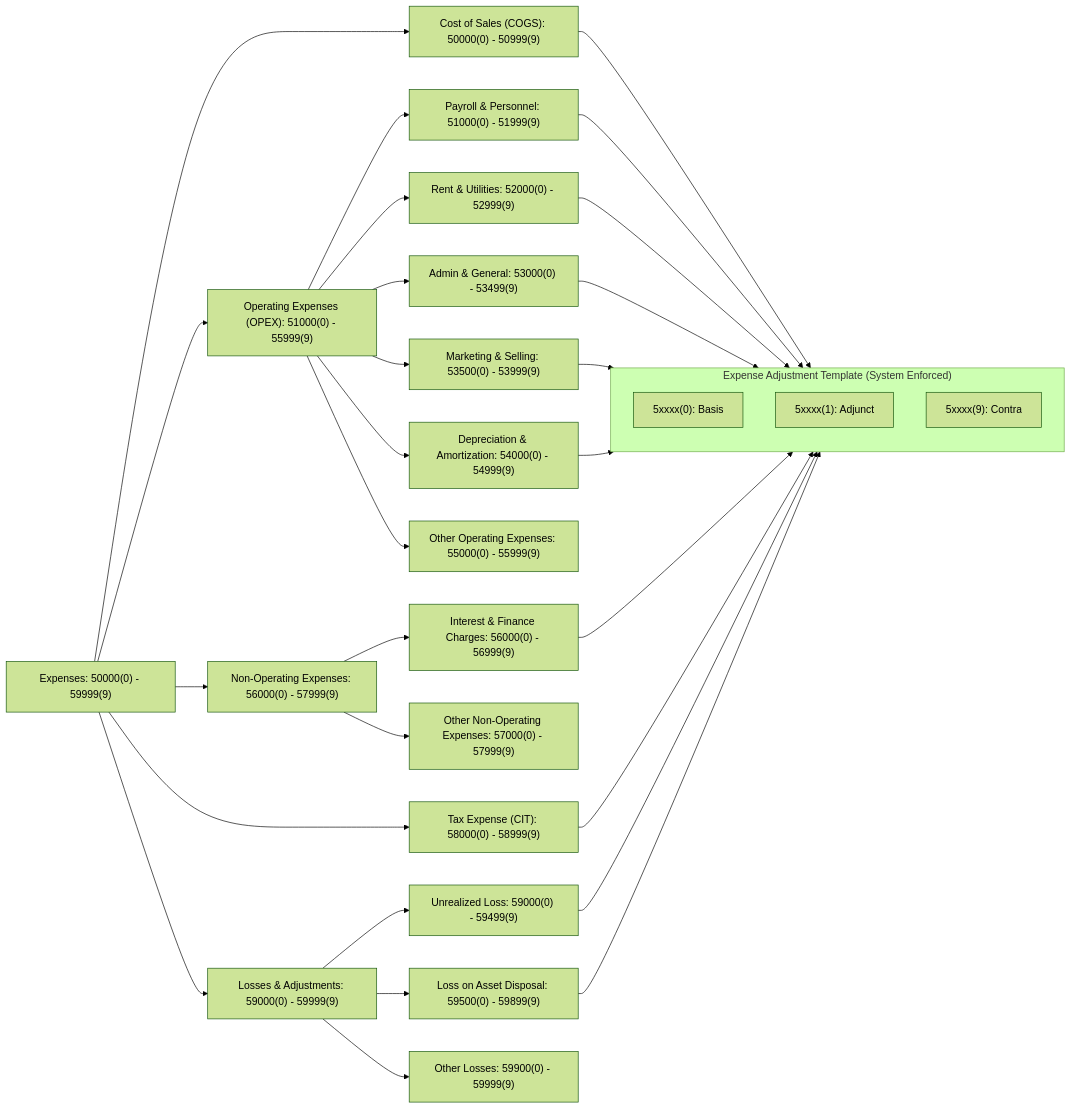
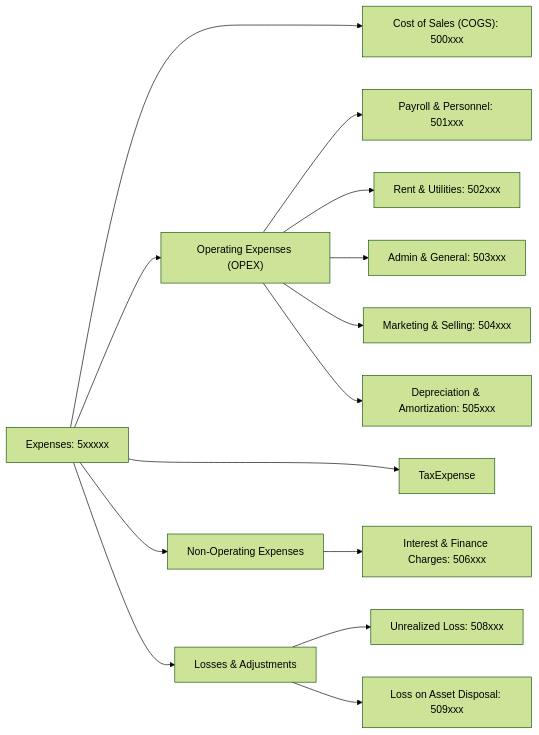
One commit to oosahon/ledgernova-core changed the diagram in src/domain/accounting/__doc__/assets/coa-expenses.mermaid. Above: the diagram before and after it, drawn with Mermaid (forest theme). The commit also changed other lines of this file and 10 other files, not shown here.

Commit message:
doc(coa): update charts of accounts doc

```diff
--- a/src/domain/accounting/__doc__/assets/coa-expenses.mermaid
+++ b/src/domain/accounting/__doc__/assets/coa-expenses.mermaid
@@ -1,40 +1,27 @@
 flowchart LR
-     %% Power users (and accounts bootstraper for non-power users) will decide whether or not to apply contra templates to "Other*" expenses
-    subgraph ExpenseAdjustmentTemplate["Expense Adjustment Template (System Enforced)"]
-        Basis["5xxxx(0): Basis"]
-        Adjunct["5xxxx(1): Adjunct"]
-        Contra["5xxxx(9): Contra"]
-    end
+    Expenses["Expenses: 5xxxxx"]
+    Expenses --> DirectCosts & OperatingExpenses & NonOperatingExpenses  & TaxExpense & Losses
 
-    Expenses["Expenses: 50000(0) - 59999(9)"]
+    DirectCosts["Cost of Sales (COGS): 500xxx"]
+    
+    OperatingExpenses["Operating Expenses (OPEX)"]
+        OperatingExpenses --> PayrollAndPersonnel["Payroll & Personnel: 501xxx"] 
+       
+            
+        OperatingExpenses --> RentUtilities["Rent & Utilities: 502xxx"]
+        OperatingExpenses --> AdminGeneral["Admin & General: 503xxx"]
+        OperatingExpenses --> MarketingSelling["Marketing & Selling: 504xxx"]
+        OperatingExpenses --> Depreciation["Depreciation & Amortization: 505xxx"]
+            
+    NonOperatingExpenses["Non-Operating Expenses"]
+        NonOperatingExpenses --> FinanceCosts["Interest & Finance Charges: 506xxx"]
 
-    DirectCosts["Cost of Sales (COGS): 50000(0) - 50999(9)"] --> ExpenseAdjustmentTemplate
-    
-    OperatingExpenses["Operating Expenses (OPEX): 51000(0) - 55999(9)"]
-        %% Categories with baked in functionalities (eg PAYEE for PayrollAndPersonnel), will be
-        %% created for each subheader depending on the domain and usecase.
-        %% For non-power users, these will be created during accounts bootstrap, while for
-        %% power users, they will be represented as types when creating sub-ledgers.
-        PayrollAndPersonnel["Payroll & Personnel: 51000(0) - 51999(9)"] --> ExpenseAdjustmentTemplate
-        RentUtilities["Rent & Utilities: 52000(0) - 52999(9)"] --> ExpenseAdjustmentTemplate
-        AdminGeneral["Admin & General: 53000(0) - 53499(9)"] --> ExpenseAdjustmentTemplate
-        MarketingSelling["Marketing & Selling: 53500(0) - 53999(9)"] --> ExpenseAdjustmentTemplate
-        Depreciation["Depreciation & Amortization: 54000(0) - 54999(9)"] --> ExpenseAdjustmentTemplate
 
-        OtherOperatingExpenses["Other Operating Expenses: 55000(0) - 55999(9)"]
-            
-    NonOperatingExpenses["Non-Operating Expenses: 56000(0) - 57999(9)"]
-        FinanceCosts["Interest & Finance Charges: 56000(0) - 56999(9)"] --> ExpenseAdjustmentTemplate
-        OtherNonOperatingExpenses["Other Non-Operating Expenses: 57000(0) - 57999(9)"]
 
-    TaxExpense["Tax Expense (CIT): 58000(0) - 58999(9)"] --> ExpenseAdjustmentTemplate
+    Losses["Losses & Adjustments"]
+        Losses --> UnrealizedLoss["Unrealized Loss: 508xxx"]
+        Losses --> AssetDisposal["Loss on Asset Disposal: 509xxx"]
 
-    Losses["Losses & Adjustments: 59000(0) - 59999(9)"]
-        UnrealizedLoss["Unrealized Loss: 59000(0) - 59499(9)"] --> ExpenseAdjustmentTemplate
-        AssetDisposal["Loss on Asset Disposal: 59500(0) - 59899(9)"] --> ExpenseAdjustmentTemplate
-        OtherLosses["Other Losses: 59900(0) - 59999(9)"]
 
-    Expenses --> DirectCosts & OperatingExpenses & NonOperatingExpenses  & TaxExpense & Losses
-    OperatingExpenses --> PayrollAndPersonnel & RentUtilities & AdminGeneral & MarketingSelling & Depreciation & OtherOperatingExpenses
-    NonOperatingExpenses --> FinanceCosts & OtherNonOperatingExpenses
-    Losses --> UnrealizedLoss & AssetDisposal & OtherLosses
+     %% For positioning
+    OperatingExpenses ~~~ DirectCosts & TaxExpense
```
